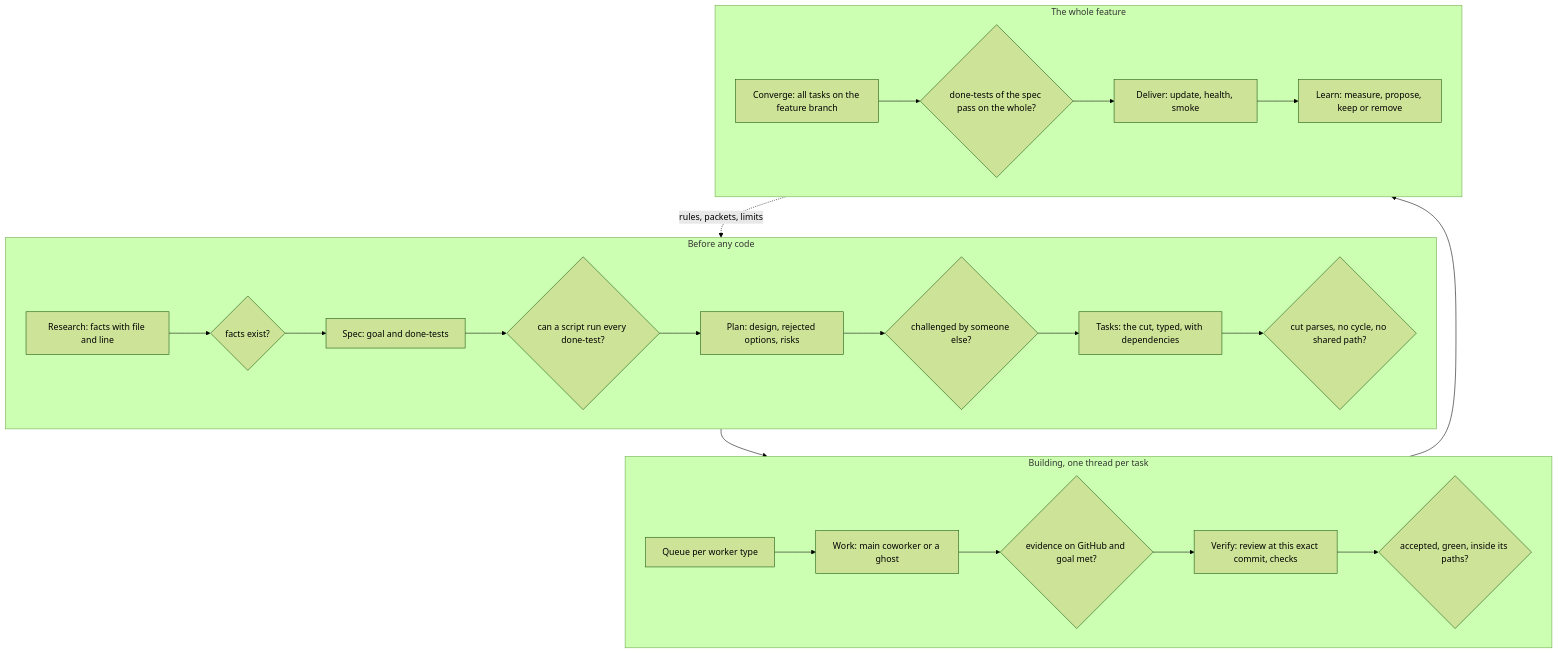
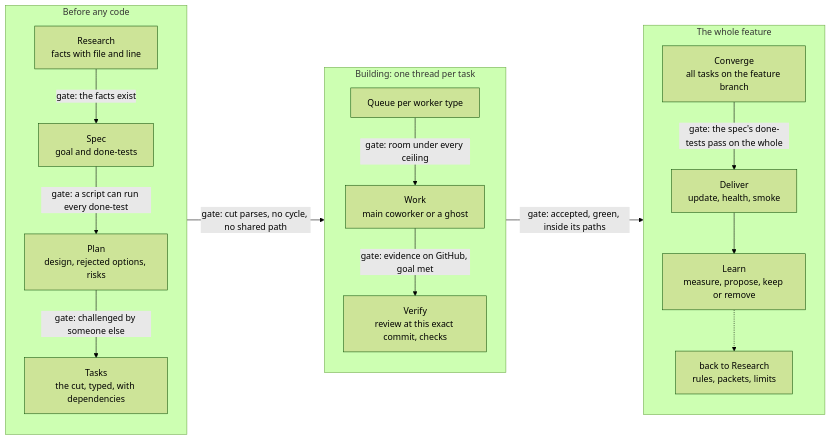
Before and after one commit to special-place-ai-heaven/rerun: the first of 5 diagrams in docs/research/2026-11-11-factory-map/MACHINE.md, drawn with Mermaid (forest theme).

Commit message:
docs: reshape two diagrams of the factory machine so they read left to right
The line is three columns in reading order with each gate on its arrow;
the queues diagram runs top to bottom. All five rendered with mermaid 11
without errors.

````diff
--- a/docs/research/2026-11-11-factory-map/MACHINE.md
+++ b/docs/research/2026-11-11-factory-map/MACHINE.md
@@ -35,23 +35,22 @@
 ```mermaid
-flowchart TB
+flowchart LR
   subgraph BEFORE["Before any code"]
-    direction LR
-    R["Research: facts with file and line"] --> G1{"facts exist?"}
-    G1 --> S["Spec: goal and done-tests"] --> G2{"can a script run every done-test?"}
-    G2 --> P["Plan: design, rejected options, risks"] --> G3{"challenged by someone else?"}
-    G3 --> T["Tasks: the cut, typed, with dependencies"] --> G4{"cut parses, no cycle, no shared path?"}
+    direction TB
+    R["Research<br/>facts with file and line"] -->|"gate: the facts exist"| S["Spec<br/>goal and done-tests"]
+    S -->|"gate: a script can run every done-test"| P["Plan<br/>design, rejected options, risks"]
+    P -->|"gate: challenged by someone else"| T["Tasks<br/>the cut, typed, with dependencies"]
   end
-  subgraph BUILD["Building, one thread per task"]
-    direction LR
-    Q["Queue per worker type"] --> W["Work: main coworker or a ghost"] --> G5{"evidence on GitHub and goal met?"}
-    G5 --> V["Verify: review at this exact commit, checks"] --> G6{"accepted, green, inside its paths?"}
+  subgraph BUILD["Building: one thread per task"]
+    direction TB
+    Q["Queue per worker type"] -->|"gate: room under every ceiling"| W["Work<br/>main coworker or a ghost"]
+    W -->|"gate: evidence on GitHub, goal met"| V["Verify<br/>review at this exact commit, checks"]
   end
   subgraph AFTER["The whole feature"]
-    direction LR
-    C["Converge: all tasks on the feature branch"] --> G7{"done-tests of the spec pass on the whole?"}
-    G7 --> D["Deliver: update, health, smoke"] --> L["Learn: measure, propose, keep or remove"]
+    direction TB
+    C["Converge<br/>all tasks on the feature branch"] -->|"gate: the spec's done-tests pass on the whole"| D["Deliver<br/>update, health, smoke"]
+    D --> L["Learn<br/>measure, propose, keep or remove"]
+    L -.-> FB["back to Research<br/>rules, packets, limits"]
   end
-  G4 --> Q
-  G6 --> C
-  L -. "rules, packets, limits" .-> R
+  BEFORE -->|"gate: cut parses, no cycle, no shared path"| BUILD
+  BUILD -->|"gate: accepted, green, inside its paths"| AFTER
 ```
````
